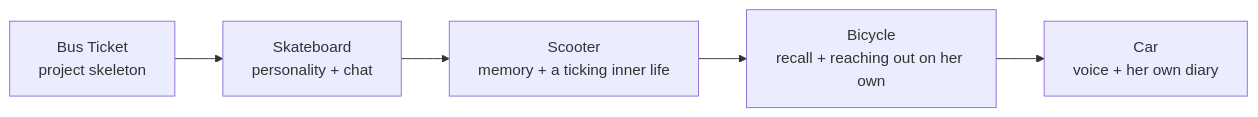
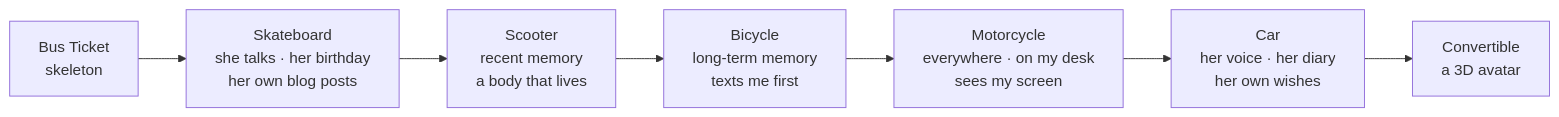
Before and after one commit to niklastypes/niklastypes: the diagram in content/projects/momo/posts/building-momo.md, drawn with Mermaid. The commit also changed other lines of this file, not shown here.

```diff
--- a/content/projects/momo/posts/building-momo.md
+++ b/content/projects/momo/posts/building-momo.md
@@ -89,7 +109,9 @@
 {{< mermaid >}}
 flowchart LR
-    BT[Bus Ticket<br/>project skeleton] --> SK[Skateboard<br/>personality + chat]
-    SK --> SC[Scooter<br/>memory + a ticking inner life]
-    SC --> BI[Bicycle<br/>recall + reaching out on her own]
-    BI --> CA[Car<br/>voice + her own diary]
+    BT[Bus Ticket<br/>skeleton] --> SK[Skateboard<br/>she talks · her birthday<br/>her own blog posts]
+    SK --> SC[Scooter<br/>recent memory<br/>a body that lives]
+    SC --> BI[Bicycle<br/>long-term memory<br/>texts me first]
+    BI --> MO[Motorcycle<br/>everywhere · on my desk<br/>sees my screen]
+    MO --> CA[Car<br/>her voice · her diary<br/>her own wishes]
+    CA --> CO[Convertible<br/>a 3D avatar]
 {{< /mermaid >}}
```
